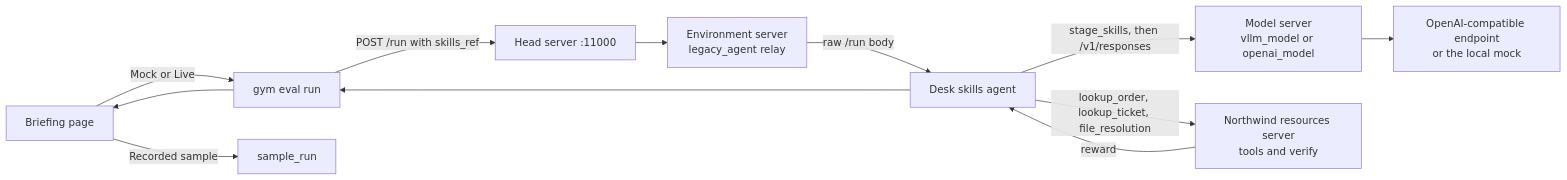
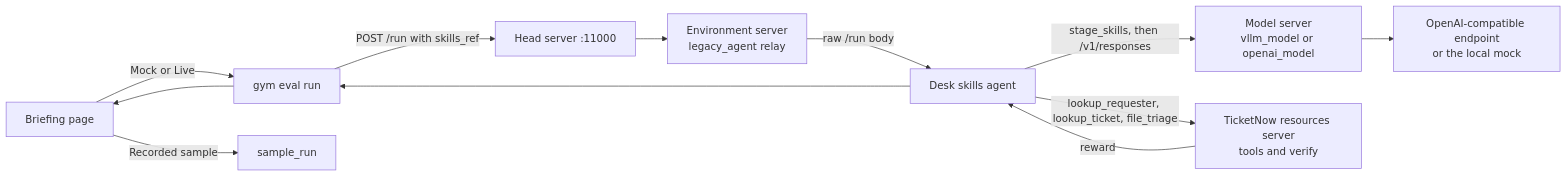
The diagram in README.md (bhandary/nemo-gym-agent-skills-demo), drawn with Mermaid before and after one commit. The commit also changed other lines of this file and 65 other files, not shown here.

First line of the commit message:
Replace the support desk with the TicketNow IT service desk.

````diff
--- a/README.md
+++ b/README.md
@@ -80,24 +98,24 @@
 ```mermaid
 flowchart LR
   page["Briefing page"]
   eval["gym eval run"]
   head["Head server :11000"]
   env["Environment server\nlegacy_agent relay"]
   agent["Desk skills agent"]
   model["Model server\nvllm_model or openai_model"]
   upstream["OpenAI-compatible endpoint\nor the local mock"]
-  desk["Northwind resources server\ntools and verify"]
+  desk["TicketNow resources server\ntools and verify"]
   sample["sample_run"]
 
   page -->|"Recorded sample"| sample
   page -->|"Mock or Live"| eval
   eval -->|"POST /run with skills_ref"| head
   head --> env
   env -->|"raw /run body"| agent
   agent -->|"stage_skills, then /v1/responses"| model
   model --> upstream
-  agent -->|"lookup_order, lookup_ticket, file_resolution"| desk
+  agent -->|"lookup_requester, lookup_ticket, file_triage"| desk
   desk -->|"reward"| agent
   agent --> eval
   eval --> page
 ```
````
